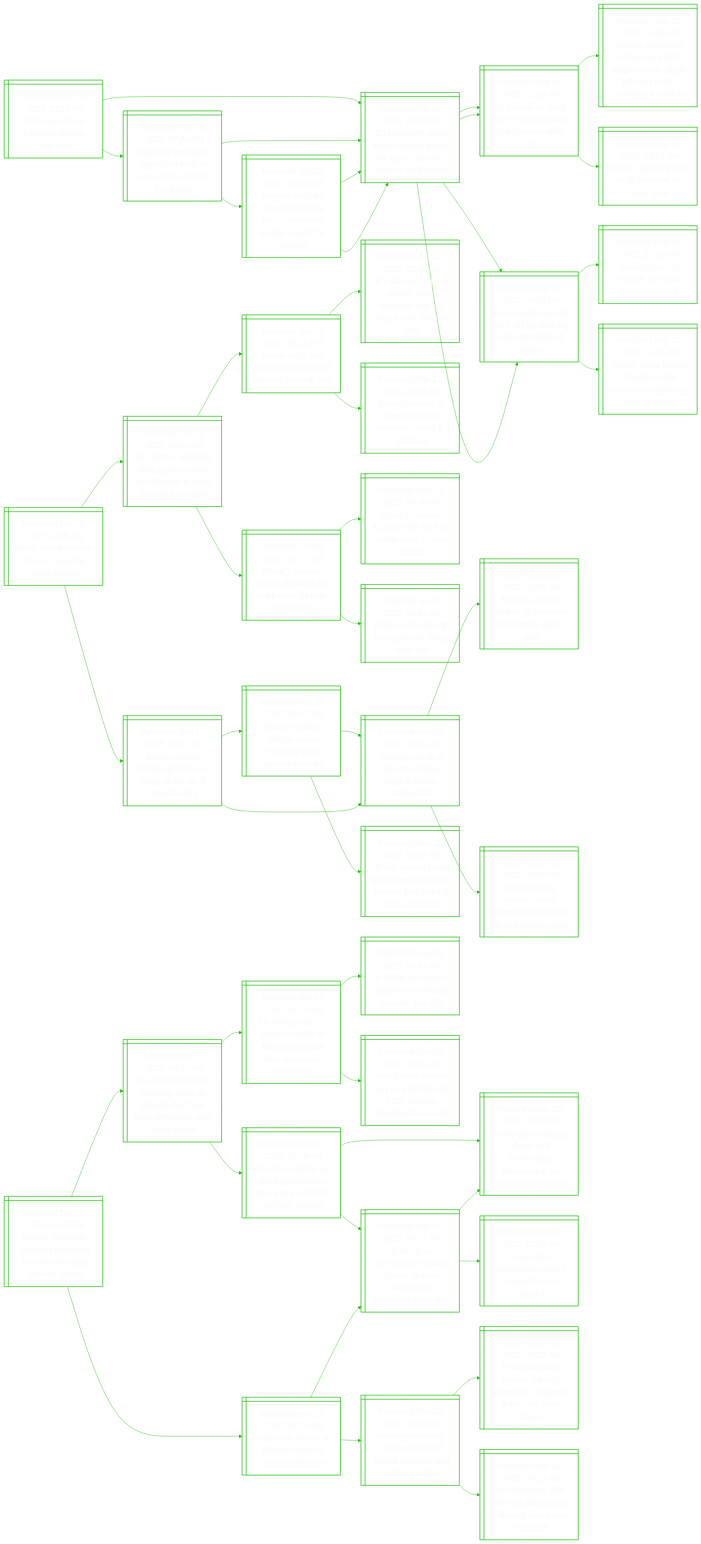
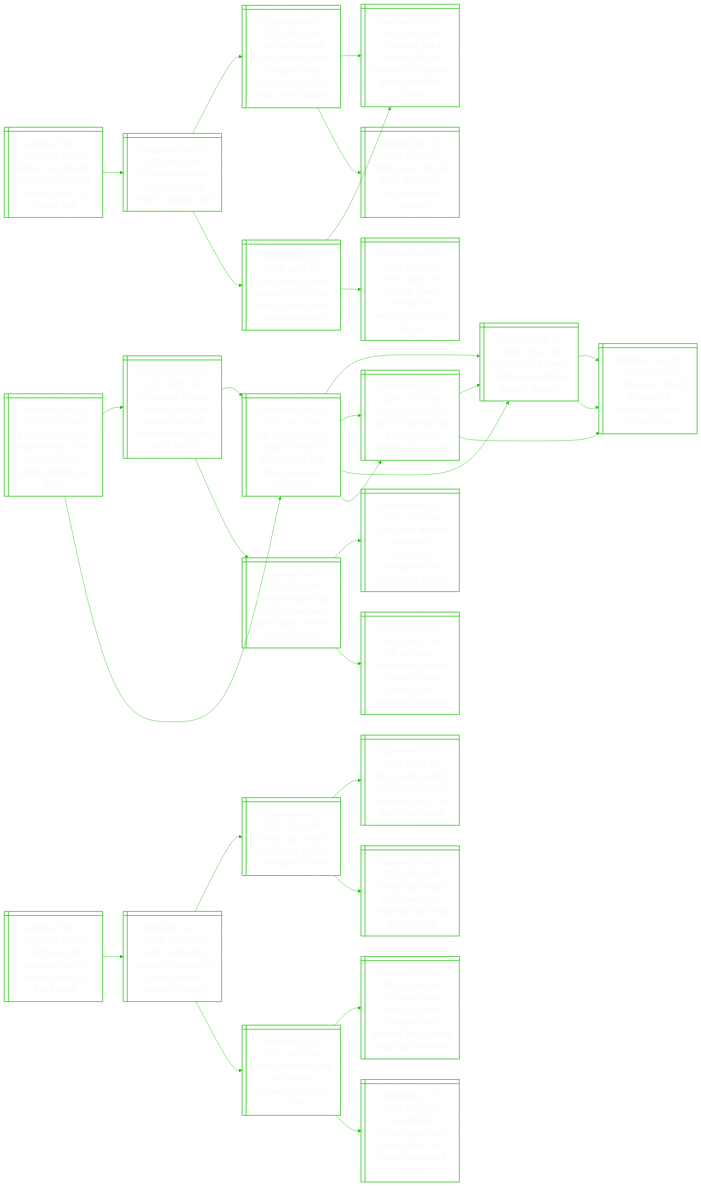
One commit to notJmes/notJmes changed the diagram in README.md. Above: the diagram before and after it, drawn with Mermaid. The commit also changed other lines of this file, not shown here.

````diff
--- a/README.md
+++ b/README.md
@@ -16,100 +16,8 @@
 flowchart LR
 classDef txtsize font-size:20px;
 
-Eyncpian@{ shape: win-pane, label: "_Published Dec 02, 2025, 11:15 PM_
-Ecb says cannot backstop ukraine loan plan" }
-Elrgessfakeoau@{ shape: win-pane, label: "_Published Oct 01, 2025, 09:29 PM_
-Eu mulls over using frozen russian assets for loan to ukraine, wary of legal issues" }
-Eoufnisoker@{ shape: win-pane, label: "_Published Aug 31, 2025, 12:28 AM_
-Eu to work on using frozen russian assets to aid ukraine after war" }
-Unpsukrcyaleniin@{ shape: win-pane, label: "_Published Aug 30, 2025, 04:43 AM_
-Ukraine completes rescue work after attack on kyiv; death toll rises to 25, including 4 children" }
-Feawpuou@{ shape: win-pane, label: "_Published Aug 29, 2025, 10:53 PM_
-France, germany vow to up pressure on ‘ogre’ putin" }
-Rasptlfnttss@{ shape: win-pane, label: "_Published Sep 15, 2025, 04:05 PM_
-Russia warns europe that it will go after any state that takes its assets" }
-DsruasvUn@{ shape: win-pane, label: "_Published Feb 24, 2022, 11:01 AM_
-'darkest hours of europe' as russia invades ukraine" }
-Tnainreumnvsr@{ shape: win-pane, label: "_Published Sep 12, 2025, 04:03 PM_
-Taiwan, china foreign ministers make unusual simultaneous visits to europe" }
-BudnnpountUn@{ shape: win-pane, label: "_Published Nov 28, 2025, 07:44 PM_
-Belgium’s pm digs in against eu push to use russian assets for ukraine" }
-Elrgessfakeoau@{ shape: win-pane, label: "_Published Oct 01, 2025, 09:29 PM_
-Eu mulls over using frozen russian assets for loan to ukraine, wary of legal issues" }
-Eoufnisoker@{ shape: win-pane, label: "_Published Aug 31, 2025, 12:28 AM_
-Eu to work on using frozen russian assets to aid ukraine after war" }
-Rasptlfnttss@{ shape: win-pane, label: "_Published Sep 15, 2025, 04:05 PM_
-Russia warns europe that it will go after any state that takes its assets" }
-Busauasszsaske@{ shape: win-pane, label: "_Published Oct 02, 2025, 08:50 PM_
-Belgium says eu states must share risk to use frozen russian assets for ukraine" }
-Elrgessfakeoau@{ shape: win-pane, label: "_Published Oct 01, 2025, 09:29 PM_
-Eu mulls over using frozen russian assets for loan to ukraine, wary of legal issues" }
-Elrgessfakeoau@{ shape: win-pane, label: "_Published Oct 01, 2025, 09:29 PM_
-Eu mulls over using frozen russian assets for loan to ukraine, wary of legal issues" }
-
-Eyncpian:::txtsize --> Elrgessfakeoau:::txtsize
-Elrgessfakeoau:::txtsize --> Eoufnisoker:::txtsize
-Eoufnisoker:::txtsize --> Unpsukrcyaleniin:::txtsize
-Eoufnisoker:::txtsize --> Feawpuou:::txtsize
-Elrgessfakeoau:::txtsize --> Rasptlfnttss:::txtsize
-Rasptlfnttss:::txtsize --> DsruasvUn:::txtsize
-Rasptlfnttss:::txtsize --> Tnainreumnvsr:::txtsize
-Eyncpian:::txtsize --> BudnnpountUn:::txtsize
-BudnnpountUn:::txtsize --> Elrgessfakeoau:::txtsize
-Elrgessfakeoau:::txtsize --> Eoufnisoker:::txtsize
-Elrgessfakeoau:::txtsize --> Rasptlfnttss:::txtsize
-BudnnpountUn:::txtsize --> Busauasszsaske:::txtsize
-Busauasszsaske:::txtsize --> Elrgessfakeoau:::txtsize
-Busauasszsaske:::txtsize --> Elrgessfakeoau:::txtsize
-
-Bstieewnro@{ shape: win-pane, label: "_Published Dec 02, 2025, 11:05 PM_
-British justice minister unveils ‘sweeping’ court reforms" }
-Uialtyesfreols@{ shape: win-pane, label: "_Published Oct 25, 2025, 03:09 AM_
-Uk minister ‘appalled’ after asylum seeker sex offender is freed from jail by mistake" }
-Fesicnoitsa@{ shape: win-pane, label: "_Published Jun 19, 2025, 05:21 PM_
-France mulls over intercepting uk-bound migrant boats at sea" }
-UasuleonruoFee@{ shape: win-pane, label: "_Published May 12, 2025, 05:36 AM_
-Uk’s starmer steps up english tests, toughens migrant rules to halt farage’s rise" }
-Rdeednars@{ shape: win-pane, label: "_Published Mar 21, 2025, 05:41 PM_
-Record number of people died on migration routes in 2024: un" }
-BiartaoesiiIn@{ shape: win-pane, label: "_Published Oct 08, 2025, 07:17 AM_
-Britain’s starmer resists demands for more visas for high-skilled indians" }
-TtoeBealt@{ shape: win-pane, label: "_Published Sep 20, 2025, 04:36 AM_
-Trump to impose $130,000 fee for h-1b worker visas in blow to tech" }
-BiIsracidi@{ shape: win-pane, label: "_Published Jul 25, 2025, 06:54 AM_
-Britain and india sign free trade pact during modi visit" }
-Biiuilnreamc@{ shape: win-pane, label: "_Published Nov 17, 2025, 06:37 AM_
-Britain reviews human rights laws in major shake-up of asylum policy" }
-Biafssouamh@{ shape: win-pane, label: "_Published Nov 16, 2025, 06:42 AM_
-Britain to make refugee status temporary under asylum overhaul" }
-ReUamitnemn@{ shape: win-pane, label: "_Published Nov 15, 2025, 08:16 AM_
-Refugees in uk to face time-limited stays in border clampdown" }
-Bsnoieameoeeot@{ shape: win-pane, label: "_Published Nov 11, 2025, 08:26 PM_
-British council loses bid to remove asylum seekers from hotel at centre of protests" }
-ReUamitnemn@{ shape: win-pane, label: "_Published Nov 15, 2025, 08:16 AM_
-Refugees in uk to face time-limited stays in border clampdown" }
-Biasspadyet@{ shape: win-pane, label: "_Published Sep 06, 2025, 01:35 AM_
-Britain’s starmer shakes up top team after deputy rayner quits" }
-Bseaitennatui@{ shape: win-pane, label: "_Published Nov 12, 2025, 08:37 PM_
-British pm keir starmer insists government is ‘united’ as plot rumours swirl" }
-
-Bstieewnro:::txtsize --> Uialtyesfreols:::txtsize
-Uialtyesfreols:::txtsize --> Fesicnoitsa:::txtsize
-Fesicnoitsa:::txtsize --> UasuleonruoFee:::txtsize
-Fesicnoitsa:::txtsize --> Rdeednars:::txtsize
-Uialtyesfreols:::txtsize --> BiartaoesiiIn:::txtsize
-BiartaoesiiIn:::txtsize --> TtoeBealt:::txtsize
-BiartaoesiiIn:::txtsize --> BiIsracidi:::txtsize
-Bstieewnro:::txtsize --> Biiuilnreamc:::txtsize
-Biiuilnreamc:::txtsize --> Biafssouamh:::txtsize
-Biafssouamh:::txtsize --> ReUamitnemn:::txtsize
-Biafssouamh:::txtsize --> Bsnoieameoeeot:::txtsize
-Biiuilnreamc:::txtsize --> ReUamitnemn:::txtsize
-ReUamitnemn:::txtsize --> Biasspadyet:::txtsize
-ReUamitnemn:::txtsize --> Bseaitennatui:::txtsize
-
-FrurerduldUs@{ shape: win-pane, label: "_Published Dec 02, 2025, 10:45 PM_
-Former honduran president pardoned by trump released from us prison" }
+Pgitsahltnkldb@{ shape: win-pane, label: "_Published Dec 03, 2025, 03:21 AM_
+Pentagon chief pete hegseth says us has ‘only just begun’ striking alleged drug boats" }
 Uirdotoeramzsho@{ shape: win-pane, label: "_Published Dec 02, 2025, 04:09 AM_
 Us admiral ordered follow-up strike on alleged drug boat from venezuela, says white house" }
 UikperngutVura@{ shape: win-pane, label: "_Published Sep 03, 2025, 04:19 AM_
@@ -124,34 +32,84 @@
 Trump says airspace above and surrounding venezuela to be closed in its entirety" }
 UgVuMoceoyRllk@{ shape: win-pane, label: "_Published Dec 01, 2025, 05:07 AM_
 Us has given venezuela’s maduro chance to leave country, says republican lawmaker" }
-HroacTiiie@{ shape: win-pane, label: "_Published Dec 01, 2025, 01:54 AM_
-Hondurans vote in an election trump is trying to influence" }
-UgVuMoceoyRllk@{ shape: win-pane, label: "_Published Dec 01, 2025, 05:07 AM_
-Us has given venezuela’s maduro chance to leave country, says republican lawmaker" }
-Tsicvsugztliee@{ shape: win-pane, label: "_Published Nov 29, 2025, 09:19 PM_
-Trump says airspace above and surrounding venezuela to be closed in its entirety" }
-Hunllyoat@{ shape: win-pane, label: "_Published Nov 30, 2025, 12:09 AM_
-How could venezuela’s military respond to a us attack?" }
-PehtGddrartern@{ shape: win-pane, label: "_Published Nov 28, 2025, 02:03 AM_
-Pete hegseth visits uss gerald r. ford aircraft carrier in latin america region" }
-Nnalsiydttteiu@{ shape: win-pane, label: "_Published Nov 27, 2025, 04:33 AM_
-2 national guard soldiers critically wounded in ‘targeted’ attack near white house" }
-Uddrngufialhe@{ shape: win-pane, label: "_Published Nov 14, 2025, 06:32 AM_
-Us conducted 20th strike on alleged drug trafficking boat earlier this week" }
+UikperngutVura@{ shape: win-pane, label: "_Published Sep 03, 2025, 04:19 AM_
+Us military kills 11 people in strike on alleged drug boat from venezuela, trump says" }
+Ulfsrafapay@{ shape: win-pane, label: "_Published Aug 30, 2025, 03:43 AM_
+Us builds up forces in caribbean as officials, experts, ask why" }
+Ursratnldoi@{ shape: win-pane, label: "_Published Aug 08, 2025, 06:51 AM_
+Us increases reward for arrest of venezeula’s maduro to $64 million" }
+Ursratnldoi@{ shape: win-pane, label: "_Published Aug 08, 2025, 06:51 AM_
+Us increases reward for arrest of venezeula’s maduro to $64 million" }
+VuMoUswieggoy@{ shape: win-pane, label: "_Published Sep 02, 2025, 01:19 AM_
+Venezuela’s maduro says us warships with 1,200 missiles targeting his country" }
+Ulfsrafapay@{ shape: win-pane, label: "_Published Aug 30, 2025, 03:43 AM_
+Us builds up forces in caribbean as officials, experts, ask why" }
+Ursratnldoi@{ shape: win-pane, label: "_Published Aug 08, 2025, 06:51 AM_
+Us increases reward for arrest of venezeula’s maduro to $64 million" }
 
-FrurerduldUs:::txtsize --> Uirdotoeramzsho:::txtsize
+Pgitsahltnkldb:::txtsize --> Uirdotoeramzsho:::txtsize
 Uirdotoeramzsho:::txtsize --> UikperngutVura:::txtsize
 UikperngutVura:::txtsize --> Ulfsrafapay:::txtsize
 UikperngutVura:::txtsize --> VuMoUswieggoy:::txtsize
 Uirdotoeramzsho:::txtsize --> VulScpifromlMo:::txtsize
 VulScpifromlMo:::txtsize --> Tsicvsugztliee:::txtsize
 VulScpifromlMo:::txtsize --> UgVuMoceoyRllk:::txtsize
-FrurerduldUs:::txtsize --> HroacTiiie:::txtsize
-HroacTiiie:::txtsize --> UgVuMoceoyRllk:::txtsize
-UgVuMoceoyRllk:::txtsize --> Tsicvsugztliee:::txtsize
-UgVuMoceoyRllk:::txtsize --> Hunllyoat:::txtsize
-HroacTiiie:::txtsize --> PehtGddrartern:::txtsize
-PehtGddrartern:::txtsize --> Nnalsiydttteiu:::txtsize
-PehtGddrartern:::txtsize --> Uddrngufialhe:::txtsize
+Pgitsahltnkldb:::txtsize --> UikperngutVura:::txtsize
+UikperngutVura:::txtsize --> Ulfsrafapay:::txtsize
+Ulfsrafapay:::txtsize --> Ursratnldoi:::txtsize
+Ulfsrafapay:::txtsize --> Ursratnldoi:::txtsize
+UikperngutVura:::txtsize --> VuMoUswieggoy:::txtsize
+VuMoUswieggoy:::txtsize --> Ulfsrafapay:::txtsize
+VuMoUswieggoy:::txtsize --> Ursratnldoi:::txtsize
+
+Anreeheuecue@{ shape: win-pane, label: "_Published Dec 03, 2025, 01:48 AM_
+Afghan man arrested in texas threatened suicide attack: us justice dept" }
+UtanpcnaAne@{ shape: win-pane, label: "_Published Nov 30, 2025, 04:39 AM_
+Us state department stops processing visas for afghan allies" }
+AeiGakcmrgmtairgo@{ shape: win-pane, label: "_Published Nov 29, 2025, 09:44 AM_
+Accused national guard attacker faces us murder charge; trump wants to halt ‘third world’ migration" }
+Nnalsiydttteiu@{ shape: win-pane, label: "_Published Nov 27, 2025, 04:33 AM_
+2 national guard soldiers critically wounded in ‘targeted’ attack near white house" }
+Tuaarottiou@{ shape: win-pane, label: "_Published Nov 28, 2025, 01:50 PM_
+Trump uses national guard shooting to cast suspicion on refugees" }
+TvozrnTWcrfagt@{ shape: win-pane, label: "_Published Nov 28, 2025, 01:11 PM_
+Trump vows to freeze migration from ‘third world countries’ after washington attack" }
+Nnalsiydttteiu@{ shape: win-pane, label: "_Published Nov 27, 2025, 04:33 AM_
+2 national guard soldiers critically wounded in ‘targeted’ attack near white house" }
+TsniGmrstogi@{ shape: win-pane, label: "_Published Nov 28, 2025, 09:30 AM_
+Trump says one national guard member in washington shooting has died" }
+
+Anreeheuecue:::txtsize --> UtanpcnaAne:::txtsize
+UtanpcnaAne:::txtsize --> AeiGakcmrgmtairgo:::txtsize
+AeiGakcmrgmtairgo:::txtsize --> Nnalsiydttteiu:::txtsize
+AeiGakcmrgmtairgo:::txtsize --> Tuaarottiou:::txtsize
+UtanpcnaAne:::txtsize --> TvozrnTWcrfagt:::txtsize
+TvozrnTWcrfagt:::txtsize --> Nnalsiydttteiu:::txtsize
+TvozrnTWcrfagt:::txtsize --> TsniGmrstogi:::txtsize
+
+Frpoechiiub@{ shape: win-pane, label: "_Published Dec 03, 2025, 01:40 AM_
+Former eu top diplomat federica mogherini held in fraud probe" }
+Ilauacapnecyp@{ shape: win-pane, label: "_Published Dec 01, 2025, 07:29 PM_
+Israel’s netanyahu appears in court after pardon request backed by trump" }
+Tasiitdthe@{ shape: win-pane, label: "_Published Nov 12, 2025, 07:21 PM_
+Trump asks israeli president to pardon netanyahu in letter" }
+TuIlstreaororo@{ shape: win-pane, label: "_Published Oct 13, 2025, 09:09 PM_
+Trump urges israel’s president to pardon netanyahu, who’s on trial for corruption" }
+Tssithriioee@{ shape: win-pane, label: "_Published Jun 26, 2025, 08:10 AM_
+Trump says israeli pm netanyahu’s corruption trial should be cancelled" }
+Nyaotlneyt@{ shape: win-pane, label: "_Published Oct 26, 2025, 04:56 PM_
+Netanyahu faces vote with coalition weakened by gaza truce" }
+Tdrcaaededlncbs@{ shape: win-pane, label: "_Published Oct 14, 2025, 07:45 PM_
+Trump declares victory as gaza ceasefire deal reached, but a lasting peace may be elusive" }
+SdaoausCetsnal@{ shape: win-pane, label: "_Published Jul 17, 2025, 02:29 AM_
+Second ultra-orthodox party quits israel cabinet, but throws netanyahu a lifeline" }
+
+Frpoechiiub:::txtsize --> Ilauacapnecyp:::txtsize
+Ilauacapnecyp:::txtsize --> Tasiitdthe:::txtsize
+Tasiitdthe:::txtsize --> TuIlstreaororo:::txtsize
+Tasiitdthe:::txtsize --> Tssithriioee:::txtsize
+Ilauacapnecyp:::txtsize --> Nyaotlneyt:::txtsize
+Nyaotlneyt:::txtsize --> Tdrcaaededlncbs:::txtsize
+Nyaotlneyt:::txtsize --> SdaoausCetsnal:::txtsize
 
 ```
````
